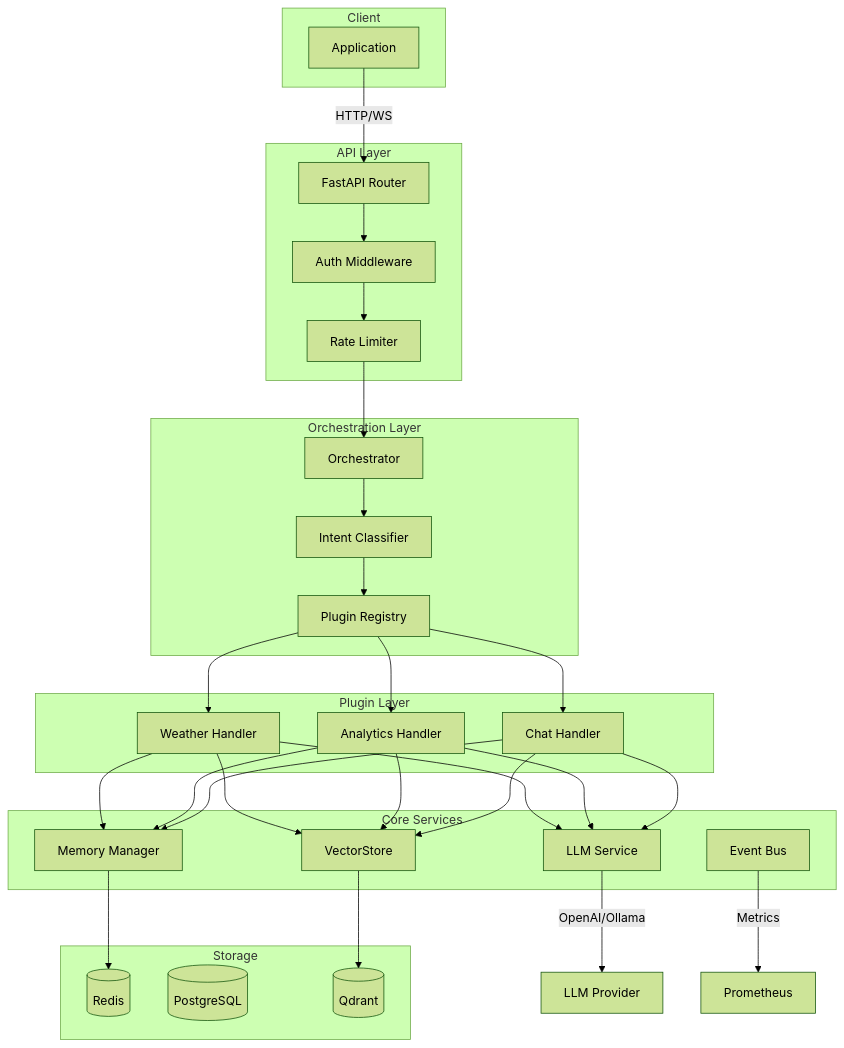
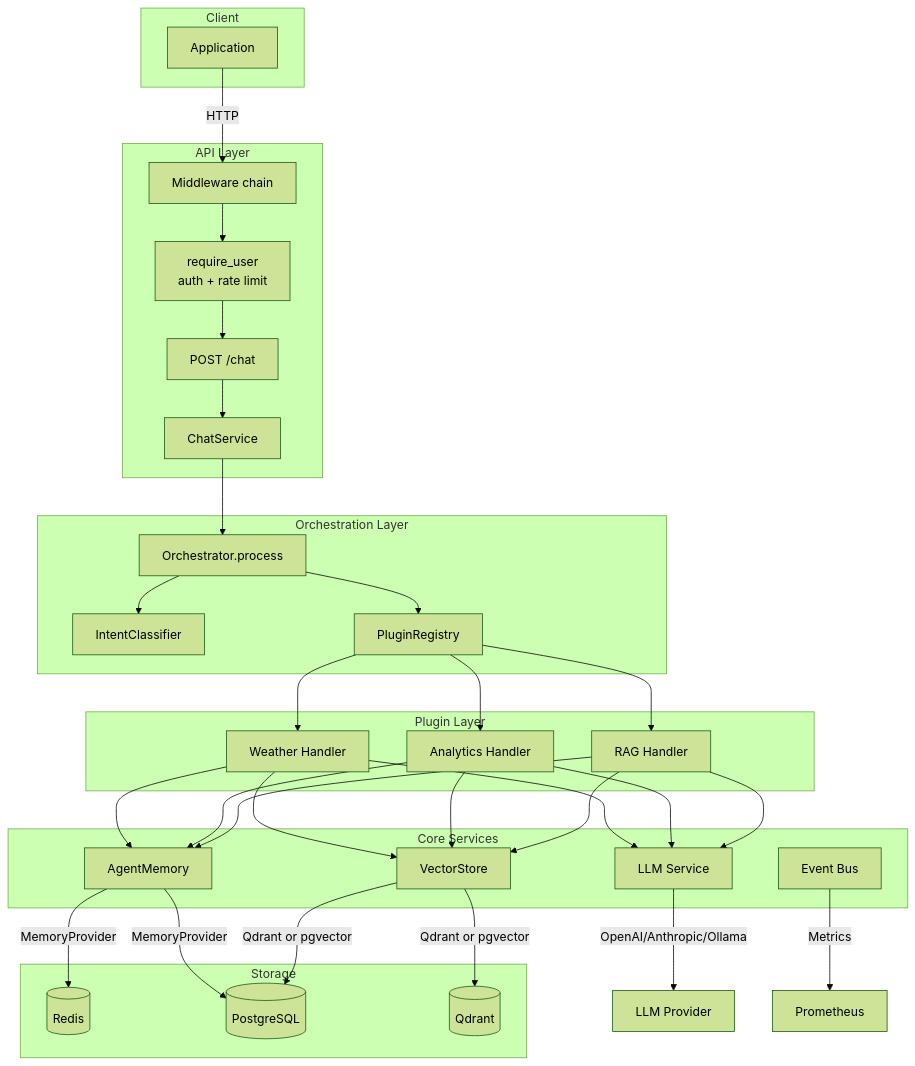
The fourth of 4 diagrams in mkdocs-site/docs/architecture/request-flow.md (baselithcore/baselithcore), drawn with Mermaid (forest theme) before and after one commit. The commit also changed other lines of this file and 116 other files, not shown here.

Commit message:
docs: update documentation across all core modules, plugins, and architecture guides alongside internal core logic refinements and test suite updates.

````diff
--- a/mkdocs-site/docs/architecture/request-flow.md
+++ b/mkdocs-site/docs/architecture/request-flow.md
@@ -366,48 +591,48 @@
 ```mermaid
 flowchart TB
     subgraph Client
         App[Application]
     end
 
     subgraph API["API Layer"]
-        FastAPI[FastAPI Router]
-        Auth[Auth Middleware]
-        Rate[Rate Limiter]
+        MW[Middleware chain]
+        Auth[require_user<br/>auth + rate limit]
+        Route[POST /chat]
+        CS[ChatService]
     end
 
     subgraph Orchestration["Orchestration Layer"]
-        Orch[Orchestrator]
-        Intent[Intent Classifier]
-        Registry[Plugin Registry]
+        Orch[Orchestrator.process]
+        Intent[IntentClassifier]
+        Registry[PluginRegistry]
     end
 
     subgraph Plugins["Plugin Layer"]
         Handler1[Weather Handler]
         Handler2[Analytics Handler]
-        Handler3[Chat Handler]
+        Handler3[RAG Handler]
     end
 
     subgraph Services["Core Services"]
         LLM[LLM Service]
-        Memory[Memory Manager]
+        Memory[AgentMemory]
         Vector[VectorStore]
         Events[Event Bus]
     end
 
     subgraph Storage["Storage"]
         Redis[(Redis)]
         PG[(PostgreSQL)]
         Qdrant[(Qdrant)]
     end
 
-    App -->|HTTP/WS| FastAPI
-    FastAPI --> Auth --> Rate --> Orch
+    App -->|HTTP| MW --> Auth --> Route --> CS --> Orch
     Orch --> Intent
-    Intent --> Registry
+    Orch --> Registry
     Registry --> Handler1 & Handler2 & Handler3
     Handler1 & Handler2 & Handler3 --> LLM & Memory & Vector
-    Memory --> Redis
-    Vector --> Qdrant
-    LLM --> |OpenAI/Ollama| External[LLM Provider]
+    Memory -->|MemoryProvider| PG & Redis
+    Vector -->|Qdrant or pgvector| Qdrant & PG
+    LLM --> |OpenAI/Anthropic/Ollama| External[LLM Provider]
     Events --> |Metrics| Prometheus[Prometheus]
 ```
````
